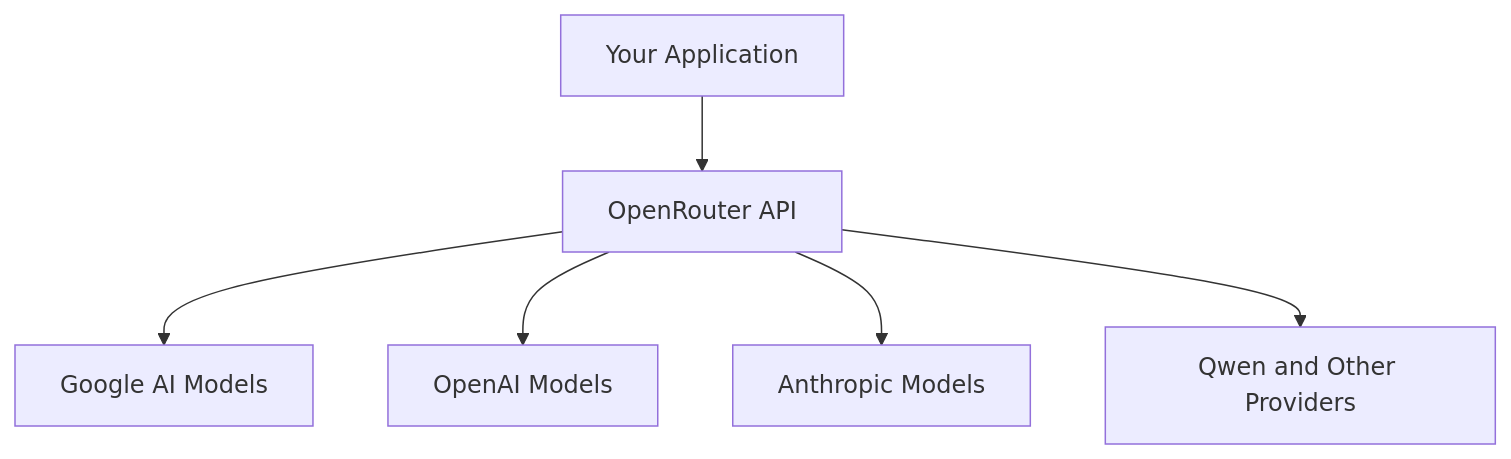
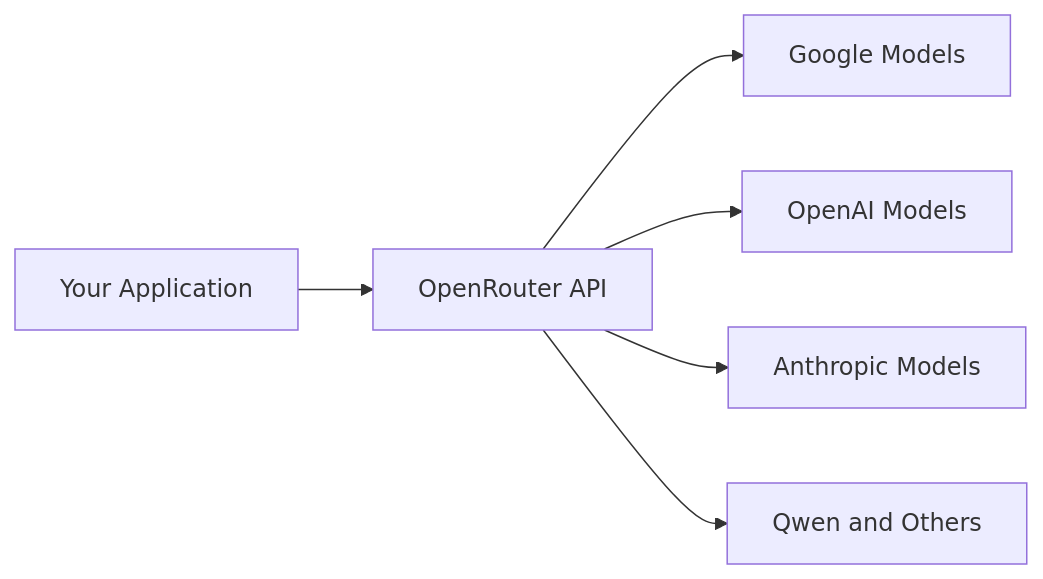
The second of 3 diagrams in sections/1_fundamentals/1_llms.md (lokumai/ai-engineering-bazaar), drawn with Mermaid before and after one commit. The commit also changed other lines of this file and 7 other files, not shown here.

````diff
--- a/sections/1_fundamentals/1_llms.md
+++ b/sections/1_fundamentals/1_llms.md
@@ -111,8 +234,8 @@
 ```mermaid
-graph TD
+graph LR
     A[Your Application] --> B[OpenRouter API]
-    B --> C[Google AI Models]
+    B --> C[Google Models]
     B --> D[OpenAI Models]
     B --> E[Anthropic Models]
-    B --> F[Qwen and Other Providers]
+    B --> F[Qwen and Others]
 ```
````
